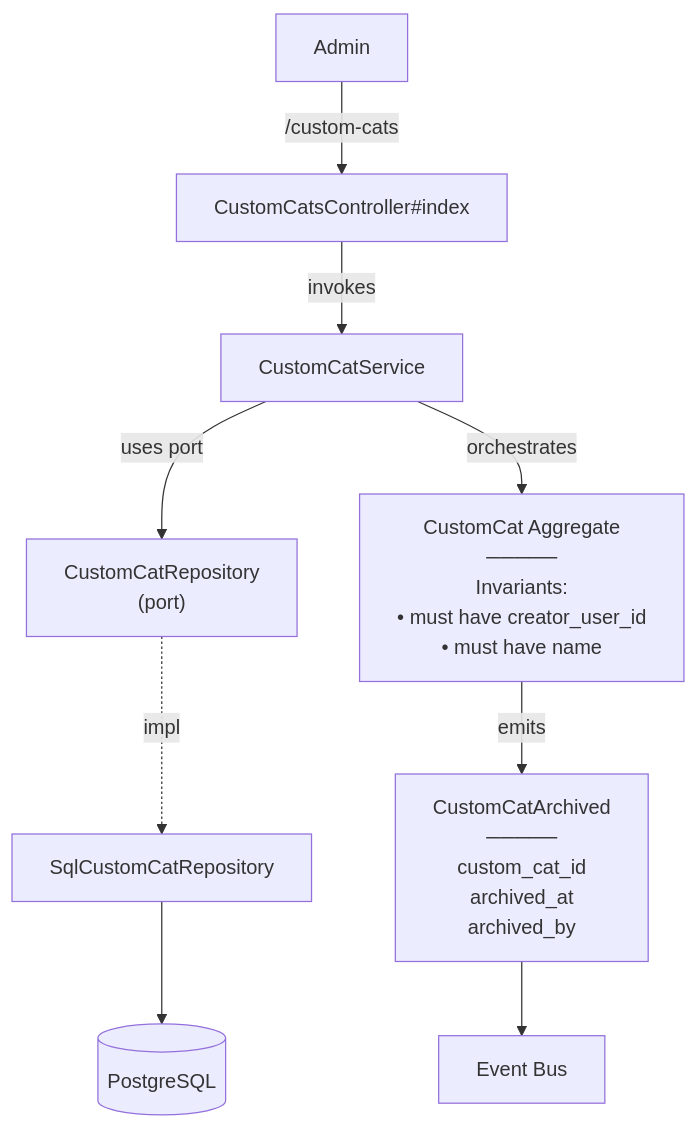
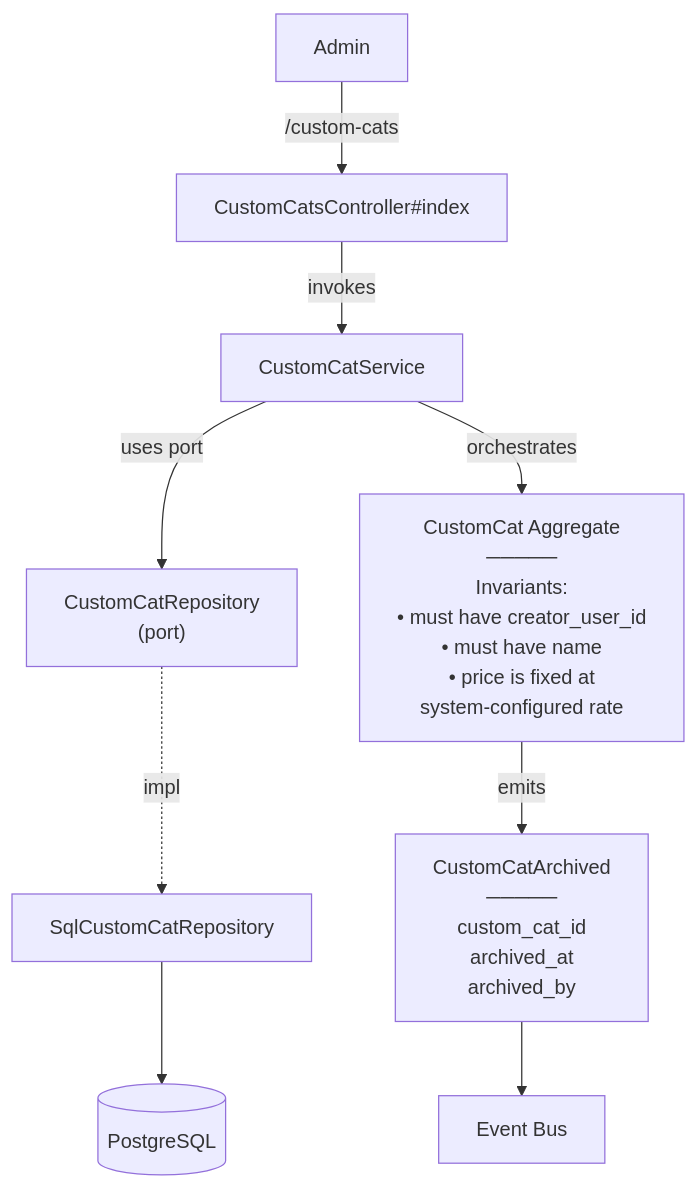
The diagram in docs/specs/cat_content/moderate_custom_cats.spec.md (pacaplan/cats-as-a-service), drawn with Mermaid before and after one commit. The commit also changed other lines of this file and 3 other files, not shown here.

````diff
--- a/docs/specs/cat_content/moderate_custom_cats.spec.md
+++ b/docs/specs/cat_content/moderate_custom_cats.spec.md
@@ -102,14 +131,14 @@
 ```mermaid
 flowchart TB
     Admin["Admin"]
     Admin -->|"/custom-cats"| Controller
     Controller["CustomCatsController#index"]
     Controller -->|invokes| Service
     Service["CustomCatService"]
     Service -->|uses port| Port0["CustomCatRepository<br/>(port)"]
     Port0 -.->|impl| Adapter0["SqlCustomCatRepository"]
     Adapter0 --> PostgreSQL[("PostgreSQL")]
-    Service -->|orchestrates| Aggregate["CustomCat Aggregate<br/>─────<br/>Invariants:<br/>• must have creator_user_id<br/>• must have name"]
+    Service -->|orchestrates| Aggregate["CustomCat Aggregate<br/>─────<br/>Invariants:<br/>• must have creator_user_id<br/>• must have name<br/>• price is fixed at<br/>system-configured rate"]
     Aggregate -->|emits| Event0["CustomCatArchived<br/>─────<br/>custom_cat_id<br/>archived_at<br/>archived_by"]
     Event0 --> EventBus[Event Bus]
 ```
````
